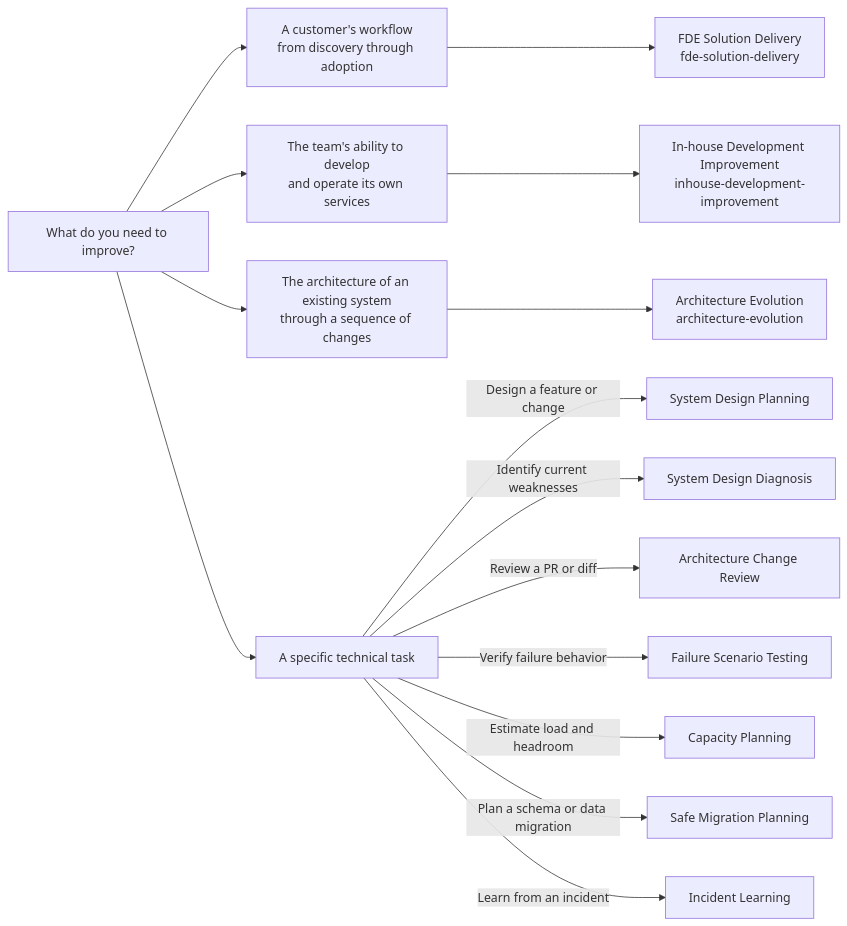
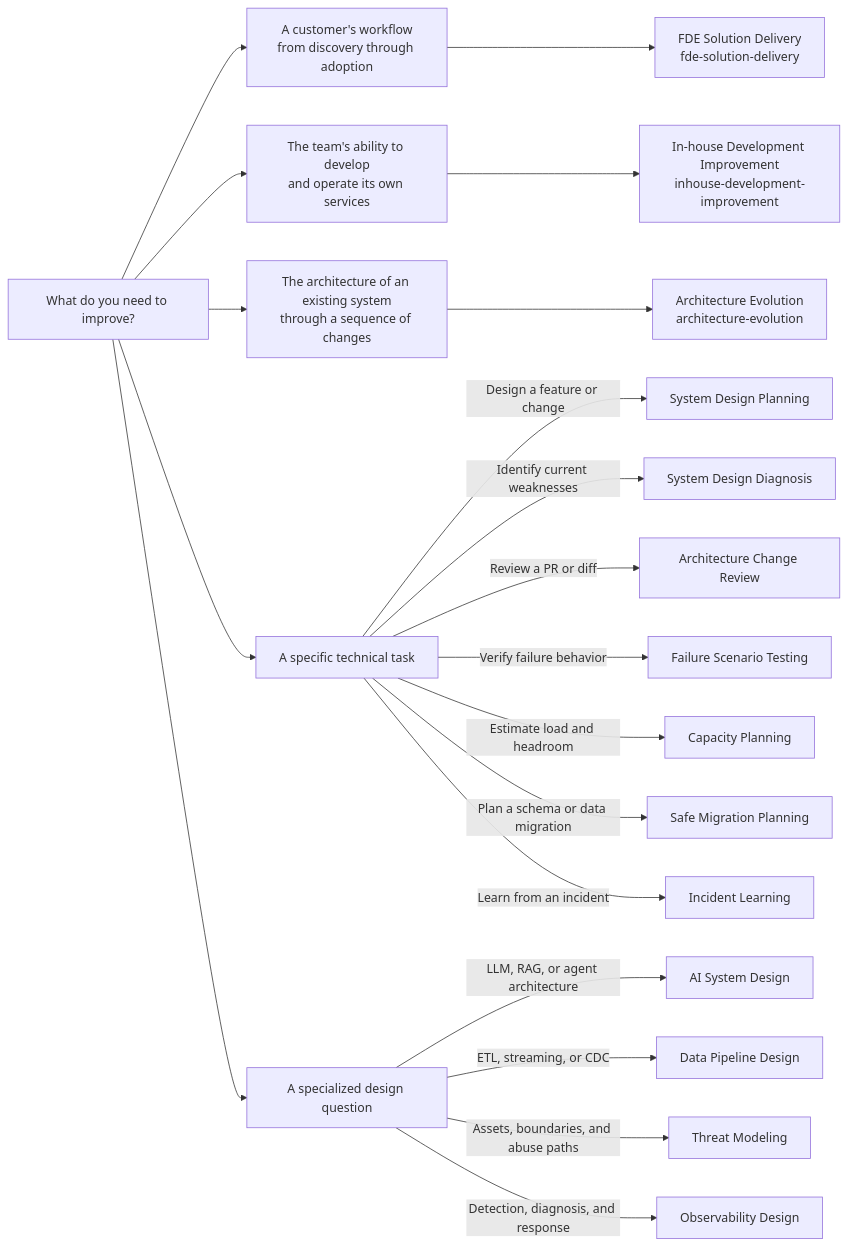
The diagram in README.md (jeorp/system-design-skills), drawn with Mermaid before and after one commit. The commit also changed other lines of this file and 26 other files, not shown here.

Commit message:
Add AI, data pipeline, threat modeling, and observability skills

````diff
--- a/README.md
+++ b/README.md
@@ -26,22 +30,28 @@
 ```mermaid
 flowchart LR
     Start["What do you need to improve?"]
 
     Start --> Customer["A customer's workflow<br/>from discovery through adoption"]
     Customer --> FDE["FDE Solution Delivery<br/>fde-solution-delivery"]
 
     Start --> Team["The team's ability to develop<br/>and operate its own services"]
     Team --> Inhouse["In-house Development Improvement<br/>inhouse-development-improvement"]
 
     Start --> Evolution["The architecture of an existing system<br/>through a sequence of changes"]
     Evolution --> Arch["Architecture Evolution<br/>architecture-evolution"]
 
     Start --> Task["A specific technical task"]
     Task -->|"Design a feature or change"| Planning["System Design Planning"]
     Task -->|"Identify current weaknesses"| Diagnosis["System Design Diagnosis"]
     Task -->|"Review a PR or diff"| Review["Architecture Change Review"]
     Task -->|"Verify failure behavior"| Failure["Failure Scenario Testing"]
     Task -->|"Estimate load and headroom"| Capacity["Capacity Planning"]
     Task -->|"Plan a schema or data migration"| Migration["Safe Migration Planning"]
     Task -->|"Learn from an incident"| Incident["Incident Learning"]
+
+    Start --> Domain["A specialized design question"]
+    Domain -->|"LLM, RAG, or agent architecture"| AI["AI System Design"]
+    Domain -->|"ETL, streaming, or CDC"| Data["Data Pipeline Design"]
+    Domain -->|"Assets, boundaries, and abuse paths"| Threat["Threat Modeling"]
+    Domain -->|"Detection, diagnosis, and response"| Observe["Observability Design"]
 ```
````
